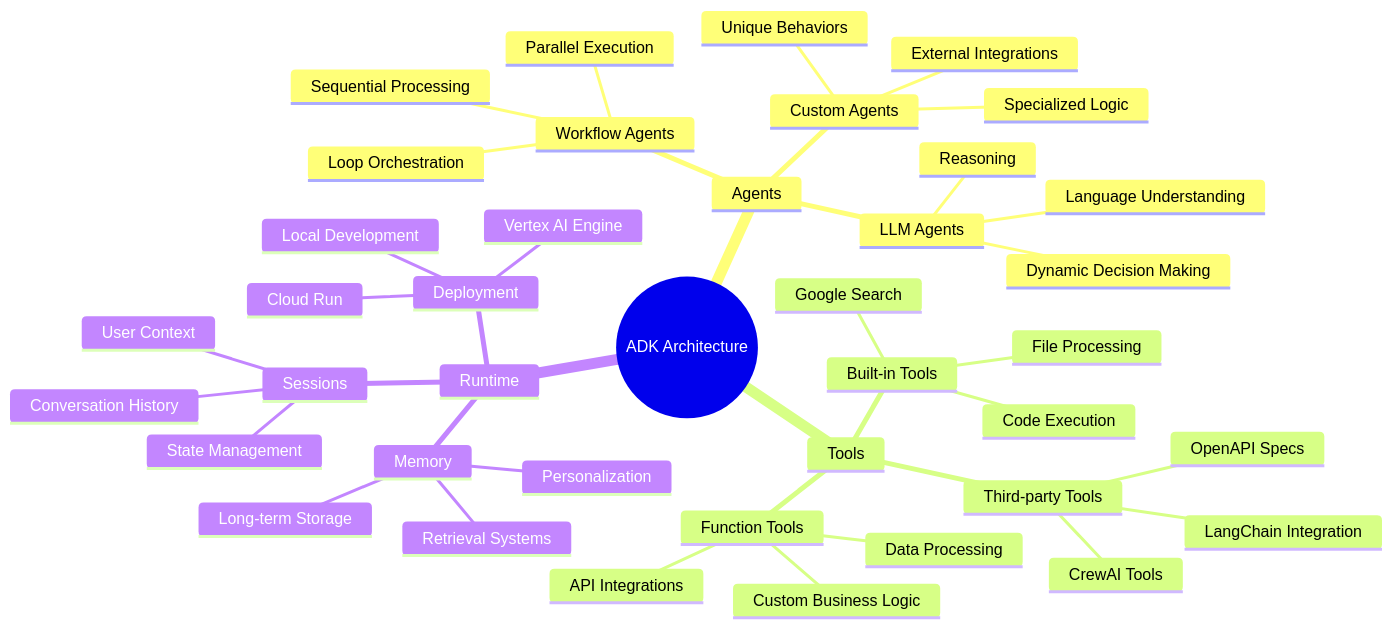
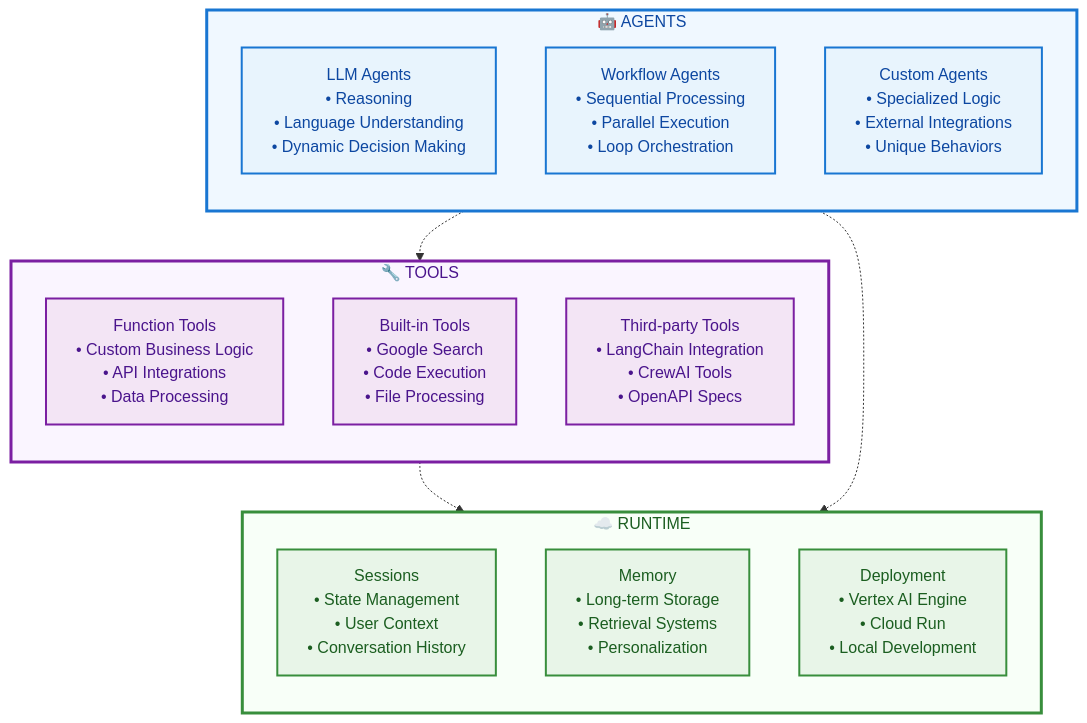
One commit to raphaelmansuy/tutorials changed the first of 11 diagrams in 07_agent/02_chapter.md. Above: the diagram before and after it, drawn with Mermaid.

Commit message:
Refactor ADK architecture diagram to enhance clarity and organization of agent types, tools, and runtime components.

````diff
--- a/07_agent/02_chapter.md
+++ b/07_agent/02_chapter.md
@@ -21,43 +21,41 @@
 ```mermaid
-mindmap
-  root((ADK Architecture))
-    Agents
-      LLM Agents
-        Reasoning
-        Language Understanding
-        Dynamic Decision Making
-      Workflow Agents
-        Sequential Processing
-        Parallel Execution
-        Loop Orchestration
-      Custom Agents
-        Specialized Logic
-        External Integrations
-        Unique Behaviors
-    Tools
-      Function Tools
-        Custom Business Logic
-        API Integrations
-        Data Processing
-      Built-in Tools
-        Google Search
-        Code Execution
-        File Processing
-      Third-party Tools
-        LangChain Integration
-        CrewAI Tools
-        OpenAPI Specs
-    Runtime
-      Sessions
-        State Management
-        User Context
-        Conversation History
-      Memory
-        Long-term Storage
-        Retrieval Systems
-        Personalization
-      Deployment
-        Vertex AI Engine
-        Cloud Run
-        Local Development
+flowchart TD
+    subgraph agents["🤖 AGENTS"]
+        direction TB
+        A1["LLM Agents<br/>• Reasoning<br/>• Language Understanding<br/>• Dynamic Decision Making"]
+        A2["Workflow Agents<br/>• Sequential Processing<br/>• Parallel Execution<br/>• Loop Orchestration"]
+        A3["Custom Agents<br/>• Specialized Logic<br/>• External Integrations<br/>• Unique Behaviors"]
+    end
+    
+    subgraph tools["🔧 TOOLS"]
+        direction TB
+        T1["Function Tools<br/>• Custom Business Logic<br/>• API Integrations<br/>• Data Processing"]
+        T2["Built-in Tools<br/>• Google Search<br/>• Code Execution<br/>• File Processing"]
+        T3["Third-party Tools<br/>• LangChain Integration<br/>• CrewAI Tools<br/>• OpenAPI Specs"]
+    end
+    
+    subgraph runtime["☁️ RUNTIME"]
+        direction TB
+        R1["Sessions<br/>• State Management<br/>• User Context<br/>• Conversation History"]
+        R2["Memory<br/>• Long-term Storage<br/>• Retrieval Systems<br/>• Personalization"]
+        R3["Deployment<br/>• Vertex AI Engine<br/>• Cloud Run<br/>• Local Development"]
+    end
+    
+    agents -.-> tools
+    tools -.-> runtime
+    agents -.-> runtime
+    
+    classDef agentStyle fill:#e8f4fd,stroke:#1976d2,stroke-width:2px,color:#0d47a1
+    classDef toolStyle fill:#f3e5f5,stroke:#7b1fa2,stroke-width:2px,color:#4a148c
+    classDef runtimeStyle fill:#e8f5e8,stroke:#388e3c,stroke-width:2px,color:#1b5e20
+    classDef subgraphAgent fill:#f0f8ff,stroke:#1976d2,stroke-width:3px,color:#0d47a1
+    classDef subgraphTool fill:#faf5ff,stroke:#7b1fa2,stroke-width:3px,color:#4a148c
+    classDef subgraphRuntime fill:#f8fff8,stroke:#388e3c,stroke-width:3px,color:#1b5e20
+    
+    class A1,A2,A3 agentStyle
+    class T1,T2,T3 toolStyle
+    class R1,R2,R3 runtimeStyle
+    class agents subgraphAgent
+    class tools subgraphTool
+    class runtime subgraphRuntime
 ```
````
